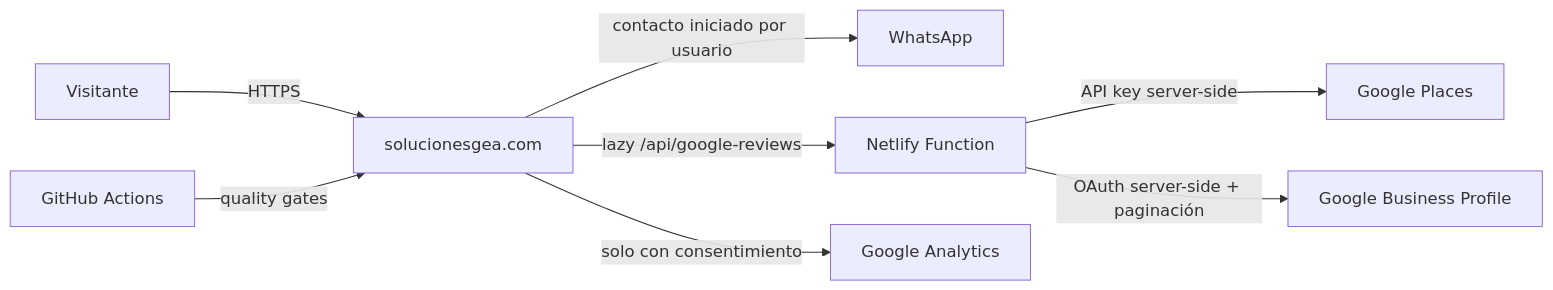
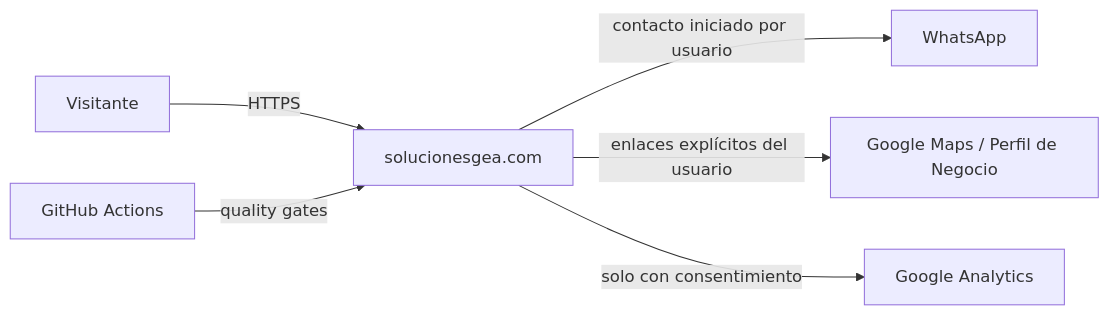
One commit to drakcore12/gea changed the diagram in docs/engineering/ARCHITECTURE.md. Above: the diagram before and after it, drawn with Mermaid. The commit also changed other lines of this file and 22 other files, not shown here.

First line of the commit message:
Restaurar reseñas y evidencias sin API de Google

````diff
--- a/docs/engineering/ARCHITECTURE.md
+++ b/docs/engineering/ARCHITECTURE.md
@@ -22,10 +22,8 @@
 ```mermaid
 flowchart LR
   U[Visitante] -->|HTTPS| S[solucionesgea.com]
   S -->|contacto iniciado por usuario| W[WhatsApp]
-  S -->|lazy /api/google-reviews| N[Netlify Function]
-  N -->|API key server-side| G[Google Places]
-  N -->|OAuth server-side + paginación| GBP[Google Business Profile]
+  S -->|enlaces explícitos del usuario| G[Google Maps / Perfil de Negocio]
   S -->|solo con consentimiento| A[Google Analytics]
   GH[GitHub Actions] -->|quality gates| S
 ```
````
